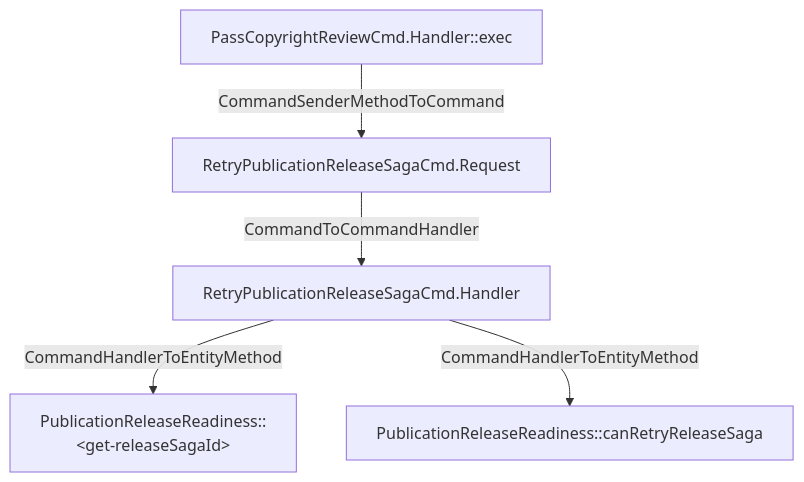
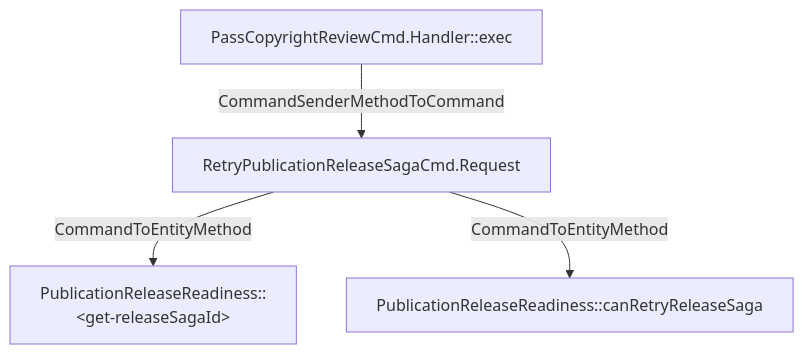
The diagram in analysis/flows/com_only4_cap4k_reference_contentstudio_application_commands_release_readiness_P.mmd (LDmoxeii/cap4k-reference-content-studio), drawn with Mermaid before and after one commit. The commit also changed 32 other files, not shown here.

Commit message:
chore: regenerate analysis flows

```diff
--- a/analysis/flows/com_only4_cap4k_reference_contentstudio_application_commands_release_readiness_P.mmd
+++ b/analysis/flows/com_only4_cap4k_reference_contentstudio_application_commands_release_readiness_P.mmd
@@ -1,10 +1,8 @@
 flowchart TD
   N1[PassCopyrightReviewCmd.Handler::exec]
-  N2[RetryPublicationReleaseSagaCmd.Handler]
-  N3[RetryPublicationReleaseSagaCmd.Request]
-  N4[PublicationReleaseReadiness::&lt;get-releaseSagaId&gt;]
-  N5[PublicationReleaseReadiness::canRetryReleaseSaga]
-  N1 -->|CommandSenderMethodToCommand| N3
-  N2 -->|CommandHandlerToEntityMethod| N4
-  N2 -->|CommandHandlerToEntityMethod| N5
-  N3 -->|CommandToCommandHandler| N2
+  N2[RetryPublicationReleaseSagaCmd.Request]
+  N3[PublicationReleaseReadiness::&lt;get-releaseSagaId&gt;]
+  N4[PublicationReleaseReadiness::canRetryReleaseSaga]
+  N1 -->|CommandSenderMethodToCommand| N2
+  N2 -->|CommandToEntityMethod| N3
+  N2 -->|CommandToEntityMethod| N4
```
